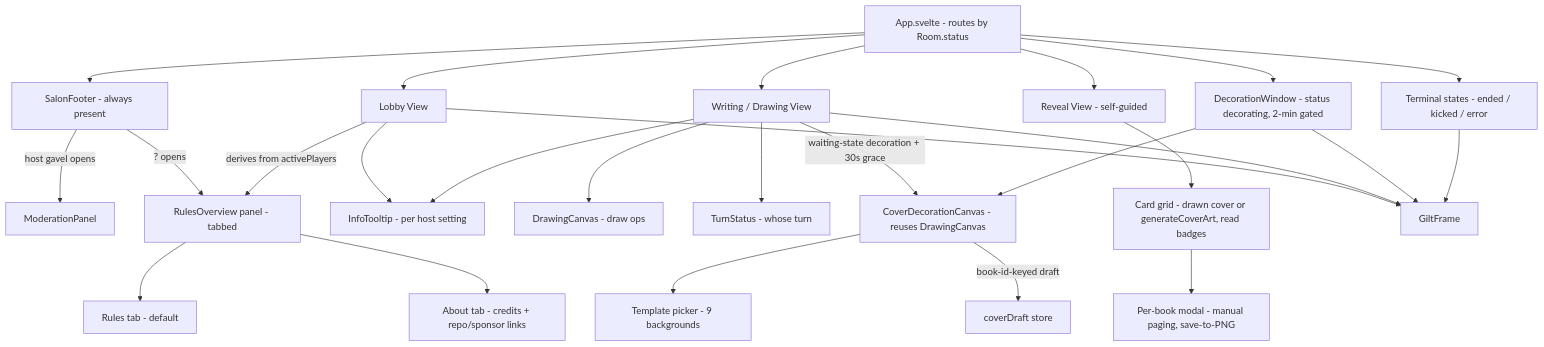
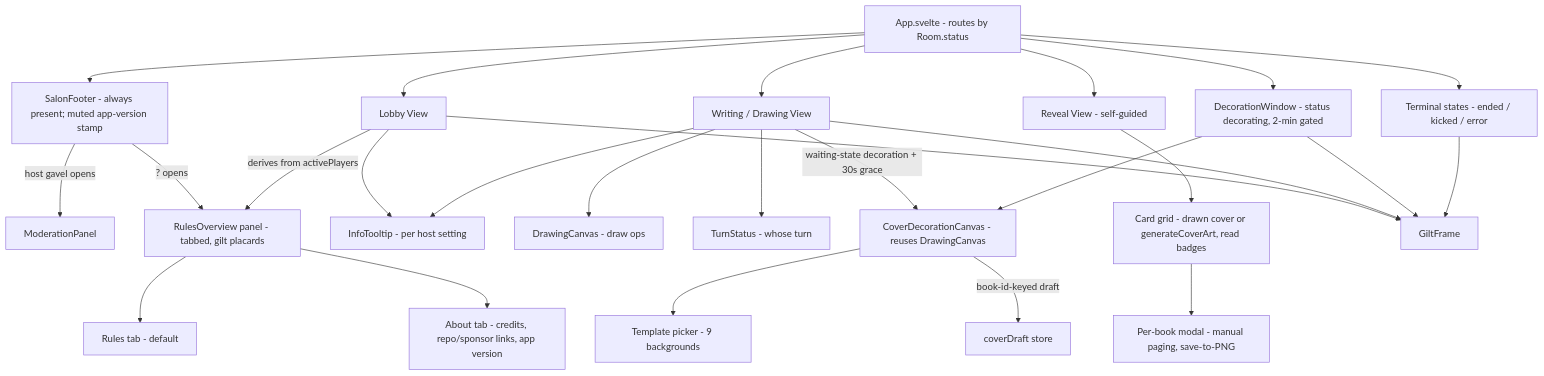
One commit to moui72/exquisite-telephone changed the third of 3 diagrams in README.md. Above: the diagram before and after it, drawn with Mermaid. The commit also changed other lines of this file and 3 other files, not shown here.

First line of the commit message:
docs(project): regenerate all three diagrams (curation, versioning, tabs)

````diff
--- a/README.md
+++ b/README.md
@@ -248,35 +270,35 @@
 ```mermaid
 graph TD
     App[App.svelte - routes by Room.status]
-    App --> SalonFooter[SalonFooter - always present]
+    App --> SalonFooter[SalonFooter - always present; muted app-version stamp]
     App --> Lobby[Lobby View]
     App --> WD[Writing / Drawing View]
     App --> Decorate[DecorationWindow - status decorating, 2-min gated]
     App --> Reveal[Reveal View - self-guided]
     App --> States[Terminal states - ended / kicked / error]
 
     SalonFooter -->|host gavel opens| ModPanel[ModerationPanel]
-    SalonFooter -->|? opens| Rules[RulesOverview panel - tabbed]
+    SalonFooter -->|? opens| Rules[RulesOverview panel - tabbed, gilt placards]
     Rules --> RulesTab[Rules tab - default]
-    Rules --> AboutTab[About tab - credits + repo/sponsor links]
+    Rules --> AboutTab[About tab - credits, repo/sponsor links, app version]
 
     Lobby --> InfoTip[InfoTooltip - per host setting]
     Lobby -->|derives from activePlayers| Rules
 
     WD --> Canvas[DrawingCanvas - draw ops]
     WD --> TurnStatus[TurnStatus - whose turn]
     WD --> InfoTip
     WD -->|waiting-state decoration + 30s grace| CoverCanvas
 
     Decorate --> CoverCanvas[CoverDecorationCanvas - reuses DrawingCanvas]
     CoverCanvas --> TemplatePicker[Template picker - 9 backgrounds]
     CoverCanvas -->|book-id-keyed draft| CoverDraft[coverDraft store]
 
     Reveal --> CardGrid[Card grid - drawn cover or generateCoverArt, read badges]
     CardGrid --> BookModal[Per-book modal - manual paging, save-to-PNG]
 
     Lobby --> Gilt[GiltFrame]
     WD --> Gilt
     Decorate --> Gilt
     States --> Gilt
 ```
````
